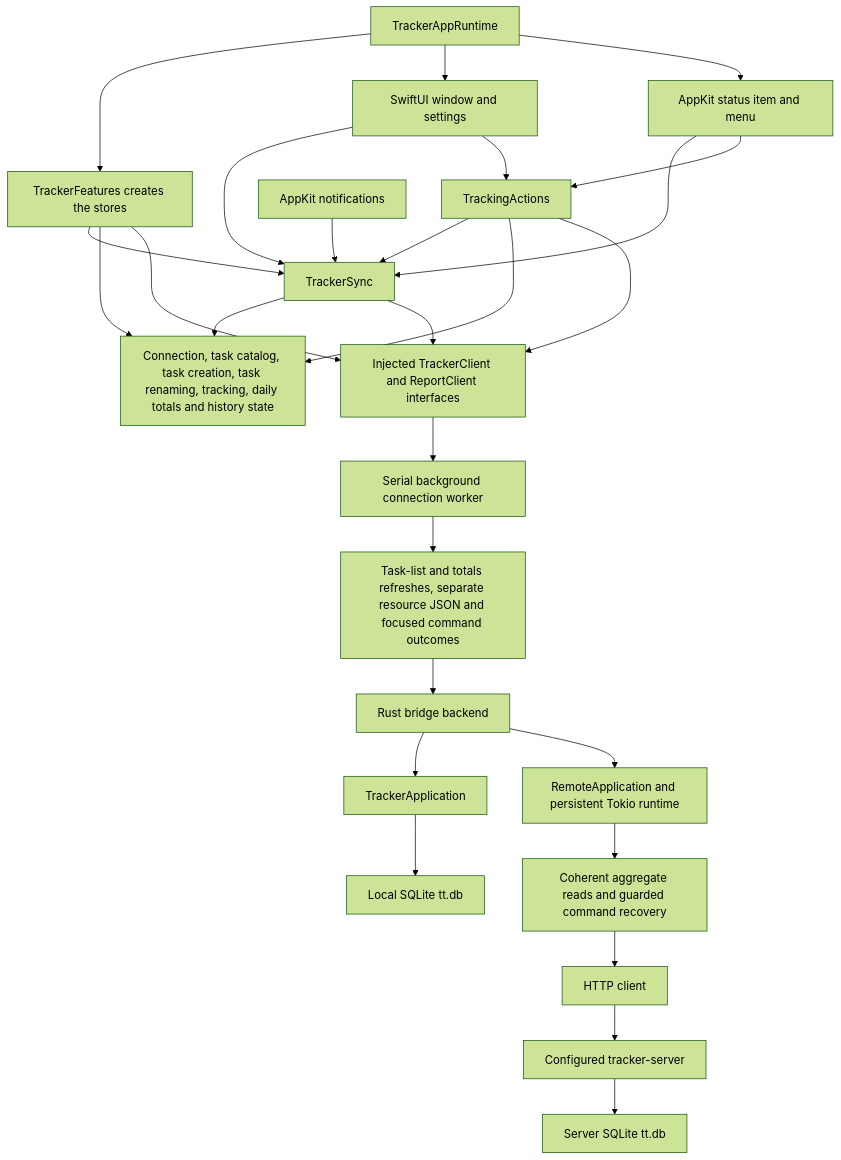
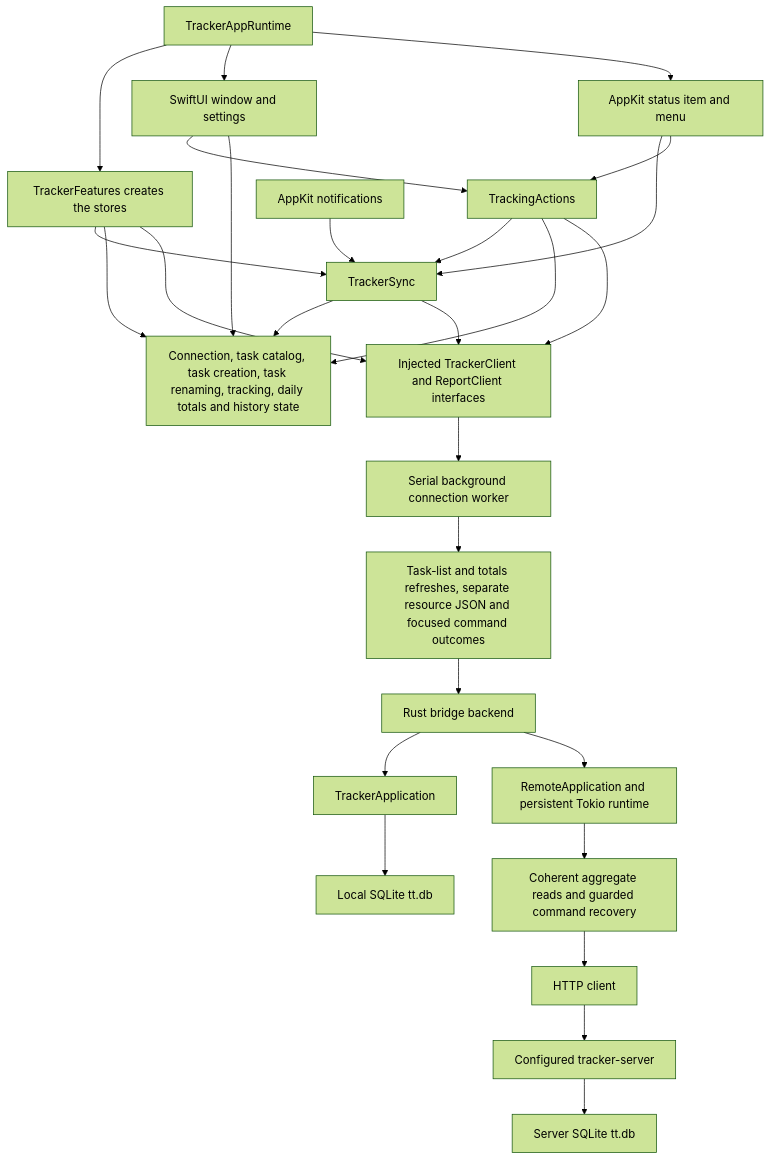
One commit to remshams/time-tracker changed the diagram in apps/swiftui/README.md. Above: the diagram before and after it, drawn with Mermaid (forest theme). The commit also changed other lines of this file, not shown here.

````diff
--- a/apps/swiftui/README.md
+++ b/apps/swiftui/README.md
@@ -291,25 +291,25 @@
 ```mermaid
 flowchart TD
     Runtime[TrackerAppRuntime] --> TrackerFeatures[TrackerFeatures creates the stores]
     Runtime --> UI[SwiftUI window and settings]
     Runtime --> Menu[AppKit status item and menu]
     Menu --> Sync[TrackerSync]
     Menu --> Actions[TrackingActions]
-    UI --> Sync
     UI --> Actions
+    UI --> Features
     TrackerFeatures --> Sync
     Actions --> Sync
     TrackerFeatures & Sync & Actions --> Features[Connection, task catalog, task creation, task renaming, tracking, daily totals and history state]
     Lifecycle[AppKit notifications] --> Sync
     TrackerFeatures & Sync & Actions --> Port[Injected TrackerClient and ReportClient interfaces]
     Port --> Worker[Serial background connection worker]
     Worker --> ABI[Task-list and totals refreshes, separate resource JSON and focused command outcomes]
     ABI --> Backend[Rust bridge backend]
     Backend --> Local[TrackerApplication]
     Local --> DB[Local SQLite tt.db]
     Backend --> Remote[RemoteApplication and persistent Tokio runtime]
     Remote --> Coordinator[Coherent aggregate reads and guarded command recovery]
     Coordinator --> HTTP[HTTP client]
     HTTP --> Server[Configured tracker-server]
     Server --> ServerDB[Server SQLite tt.db]
 ```
````
